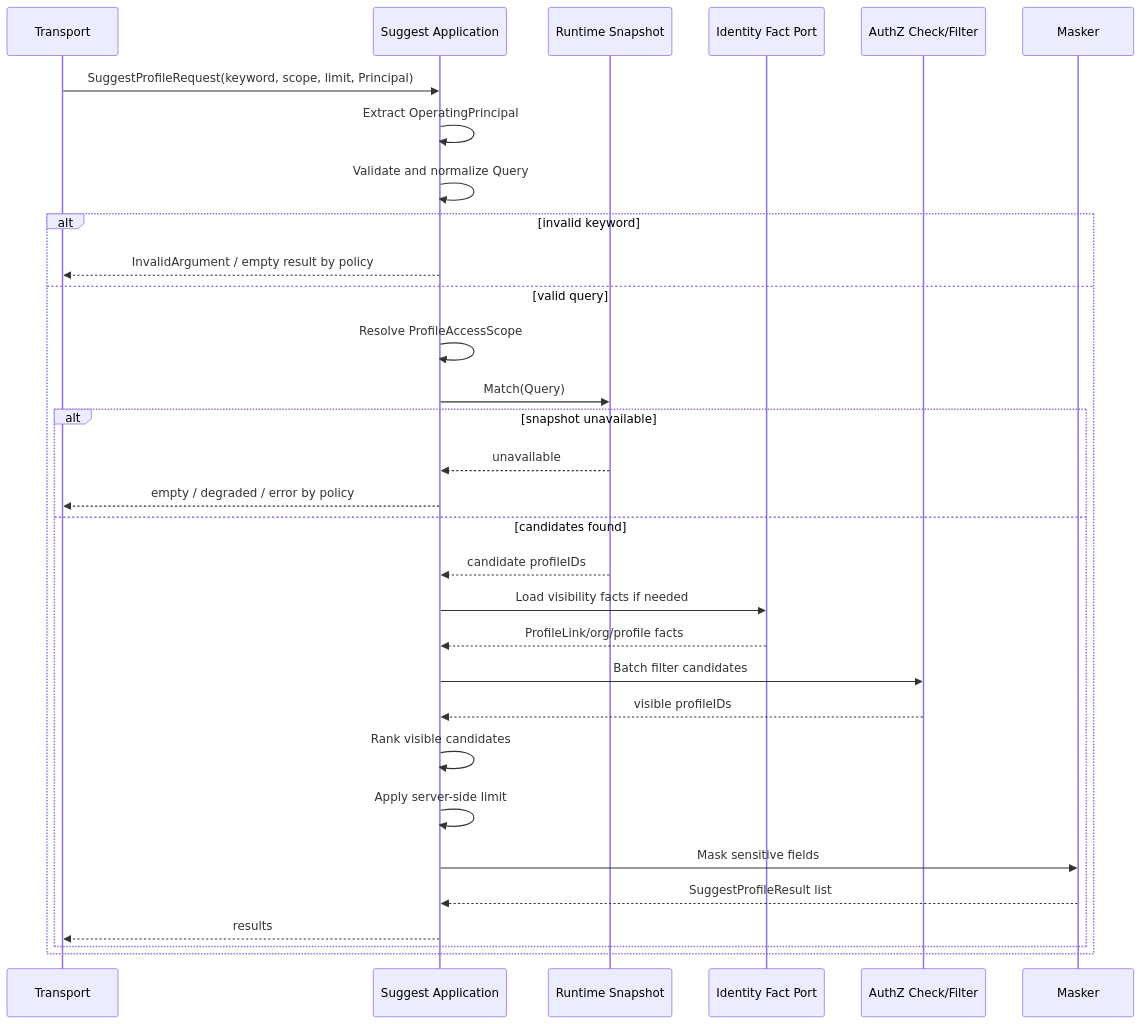
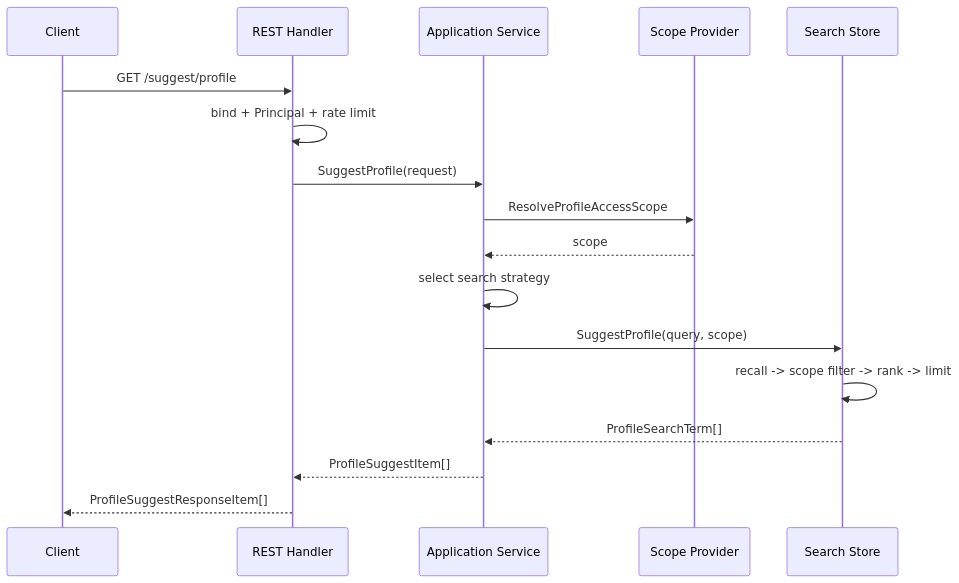
Before and after one commit to FangcunMount/iam: the diagram in docs/02-业务模块/05-Suggest/03-关键链路-SuggestProfile查询.md, drawn with Mermaid. The commit also changed other lines of this file and 15 other files, not shown here.

````diff
--- a/docs/02-业务模块/05-Suggest/03-关键链路-SuggestProfile查询.md
+++ b/docs/02-业务模块/05-Suggest/03-关键链路-SuggestProfile查询.md
@@ -219,34 +52,20 @@
 ```mermaid
 sequenceDiagram
-    participant T as Transport
-    participant A as Suggest Application
-    participant S as Runtime Snapshot
-    participant I as Identity Fact Port
-    participant Z as AuthZ Check/Filter
-    participant M as Masker
+    participant C as Client
+    participant H as REST Handler
+    participant S as Application Service
+    participant P as Scope Provider
+    participant I as Search Store
 
-    T->>A: SuggestProfileRequest(keyword, scope, limit, Principal)
-    A->>A: Extract OperatingPrincipal
-    A->>A: Validate and normalize Query
-    alt invalid keyword
-        A-->>T: InvalidArgument / empty result by policy
-    else valid query
-        A->>A: Resolve ProfileAccessScope
-        A->>S: Match(Query)
-        alt snapshot unavailable
-            S-->>A: unavailable
-            A-->>T: empty / degraded / error by policy
-        else candidates found
-            S-->>A: candidate profileIDs
-            A->>I: Load visibility facts if needed
-            I-->>A: ProfileLink/org/profile facts
-            A->>Z: Batch filter candidates
-            Z-->>A: visible profileIDs
-            A->>A: Rank visible candidates
-            A->>A: Apply server-side limit
-            A->>M: Mask sensitive fields
-            M-->>A: SuggestProfileResult list
-            A-->>T: results
-        end
-    end
+    C->>H: GET /suggest/profile
+    H->>H: bind + Principal + rate limit
+    H->>S: SuggestProfile(request)
+    S->>P: ResolveProfileAccessScope
+    P-->>S: scope
+    S->>S: select search strategy
+    S->>I: SuggestProfile(query, scope)
+    I->>I: recall -> scope filter -> rank -> limit
+    I-->>S: ProfileSearchTerm[]
+    S-->>H: ProfileSuggestItem[]
+    H-->>C: ProfileSuggestResponseItem[]
 ```
````
